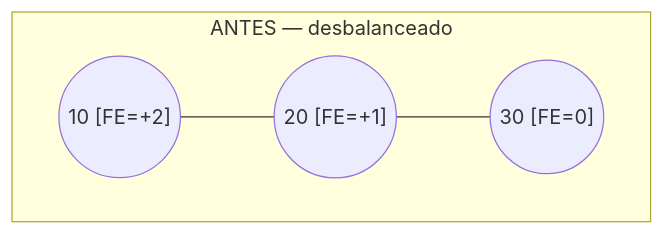
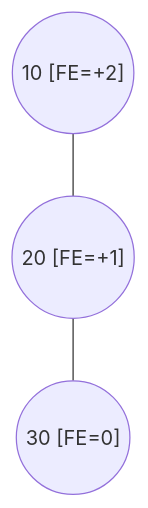
Before and after one commit to frijolitobandido/Guia_Matematica_Discreta: diagram 20 of 34 in 03-arboles.md, drawn with Mermaid. The commit also changed other lines of this file, not shown here.

````diff
--- a/03-arboles.md
+++ b/03-arboles.md
@@ -519,7 +557,5 @@
 ```mermaid
 graph TD
-    subgraph Antes2["ANTES — desbalanceado"]
-        c1(("10 [FE=+2]")) --- c2(("20 [FE=+1]"))
-        c2 --- c3(("30 [FE=0]"))
-    end
+    c1(("10 [FE=+2]")) --- c2(("20 [FE=+1]"))
+    c2 --- c3(("30 [FE=0]"))
 ```
````
